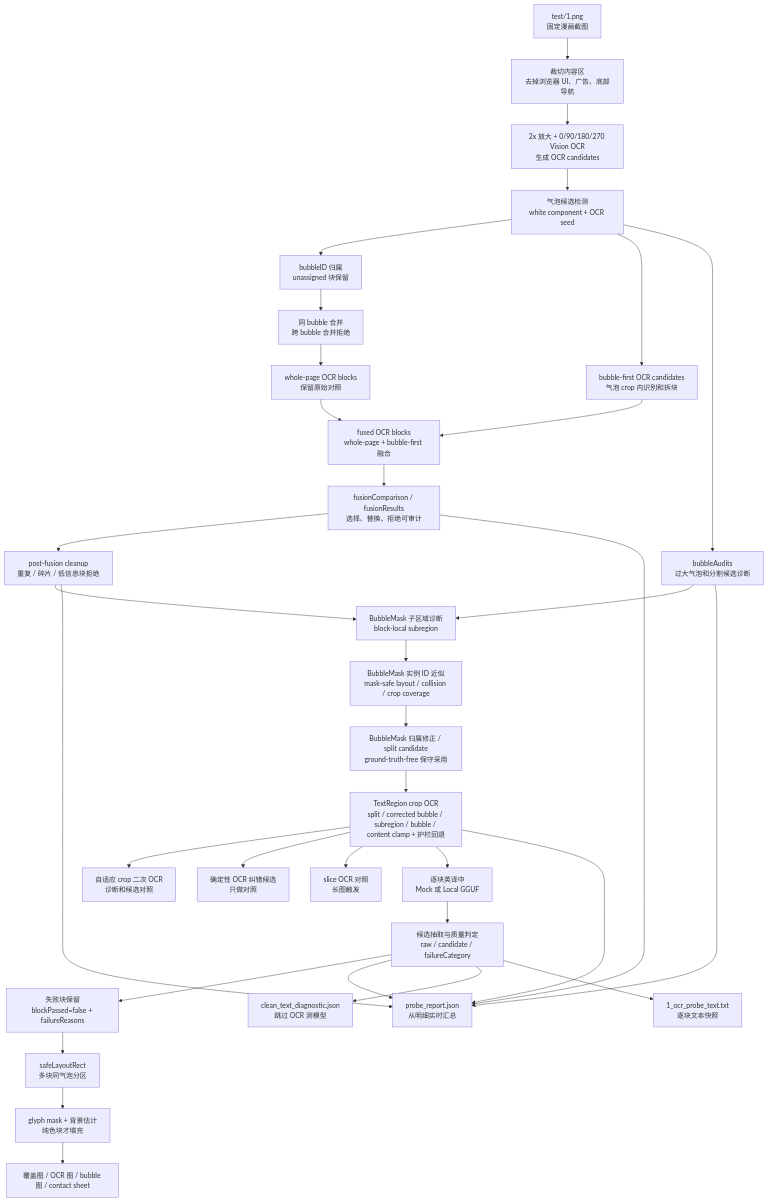
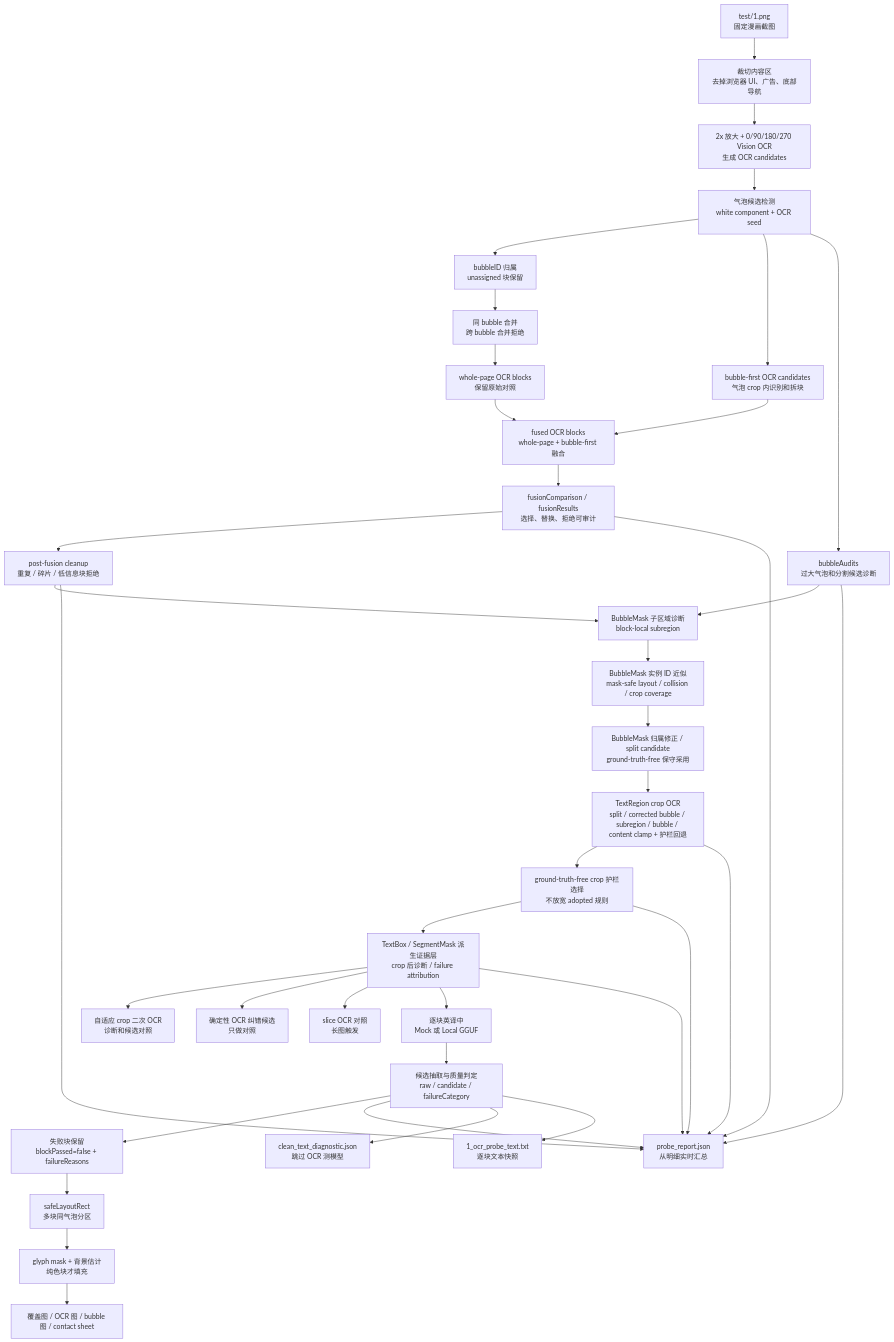
One commit to bengzhu/project1_lgbt_naxida changed the second of 3 diagrams in md/flow/flowchart.md. Above: the diagram before and after it, drawn with Mermaid. The commit also changed 10 other files, not shown here.

````diff
--- a/md/flow/flowchart.md
+++ b/md/flow/flowchart.md
@@ -48,45 +48,49 @@
 ```mermaid
 flowchart TD
   %% 输入：固定 bundle 素材
   A["test/1.png<br/>固定漫画截图"] --> B["裁切内容区<br/>去掉浏览器 UI、广告、底部导航"]
 
   %% OCR：整页与气泡候选
   B --> C["2x 放大 + 0/90/180/270 Vision OCR<br/>生成 OCR candidates"]
   C --> D["气泡候选检测<br/>white component + OCR seed"]
   D --> E["bubbleID 归属<br/>unassigned 块保留"]
   E --> F["同 bubble 合并<br/>跨 bubble 合并拒绝"]
   F --> W["whole-page OCR blocks<br/>保留原始对照"]
   D --> J["bubble-first OCR candidates<br/>气泡 crop 内识别和拆块"]
   W --> G["fused OCR blocks<br/>whole-page + bubble-first 融合"]
   J --> G
   G --> X["fusionComparison / fusionResults<br/>选择、替换、拒绝可审计"]
   X --> Y["post-fusion cleanup<br/>重复 / 碎片 / 低信息块拒绝"]
   Y --> U["BubbleMask 子区域诊断<br/>block-local subregion"]
   U --> BM["BubbleMask 实例 ID 近似<br/>mask-safe layout / collision / crop coverage"]
   BM --> BA["BubbleMask 归属修正 / split candidate<br/>ground-truth-free 保守采用"]
   BA --> V["TextRegion crop OCR<br/>split / corrected bubble / subregion / bubble / content clamp + 护栏回退"]
+  V --> GV["ground-truth-free crop 护栏选择<br/>不放宽 adopted 规则"]
+  GV --> TB["TextBox / SegmentMask 派生证据层<br/>crop 后诊断 / failure attribution"]
   D --> Z["bubbleAudits<br/>过大气泡和分割候选诊断"]
   Z --> U
 
   %% 诊断旁路：不替代主流程
-  V --> H["自适应 crop 二次 OCR<br/>诊断和候选对照"]
-  V --> I["确定性 OCR 纠错候选<br/>只做对照"]
-  V --> K["slice OCR 对照<br/>长图触发"]
+  TB --> H["自适应 crop 二次 OCR<br/>诊断和候选对照"]
+  TB --> I["确定性 OCR 纠错候选<br/>只做对照"]
+  TB --> K["slice OCR 对照<br/>长图触发"]
 
   %% 翻译：逐块主路径
-  V --> L["逐块英译中<br/>Mock 或 Local GGUF"]
+  TB --> L["逐块英译中<br/>Mock 或 Local GGUF"]
   L --> M["候选抽取与质量判定<br/>raw / candidate / failureCategory"]
   M --> N["失败块保留<br/>blockPassed=false + failureReasons"]
 
   %% 报告和渲染
   N --> O["safeLayoutRect<br/>多块同气泡分区"]
   O --> P["glyph mask + 背景估计<br/>纯色块才填充"]
   P --> Q["覆盖图 / OCR 图 / bubble 图 / contact sheet"]
   M --> R["probe_report.json<br/>从明细实时汇总"]
   X --> R
   Y --> R
   V --> R
+  GV --> R
+  TB --> R
   Z --> R
   M --> S["clean_text_diagnostic.json<br/>跳过 OCR 测模型"]
   M --> T["1_ocr_probe_text.txt<br/>逐块文本快照"]
 ```
````
